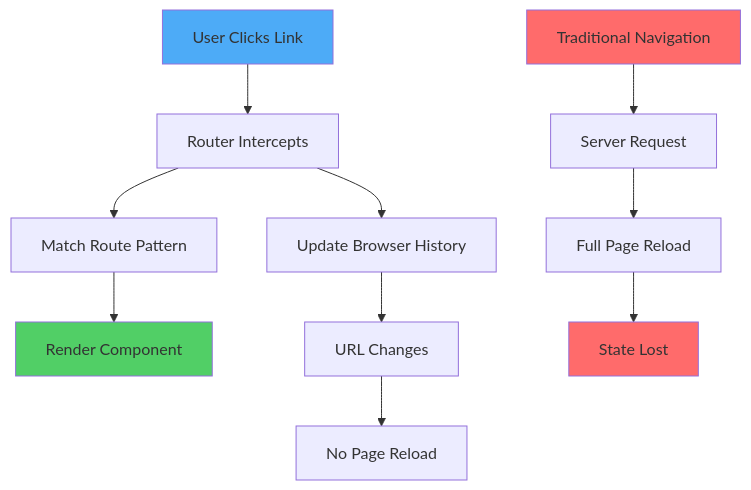
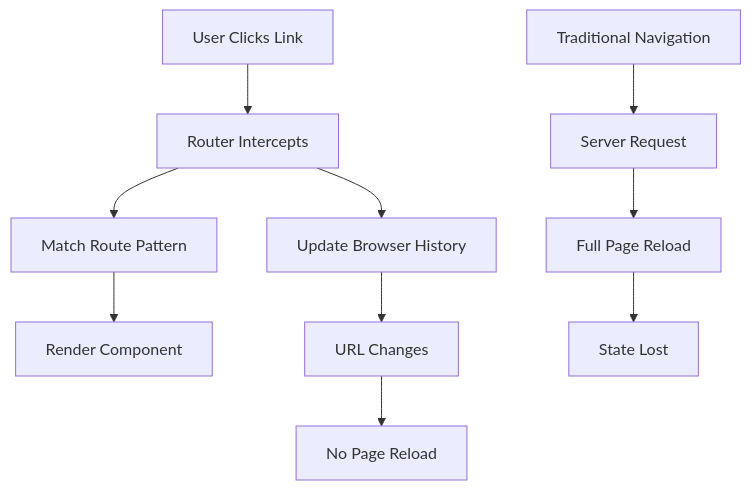
Before and after one commit to BabaScience/react-guides: the first of 6 diagrams in arguments/chapters/05-routing.md, drawn with Mermaid. The commit also changed other lines of this file and 29 other files, not shown here.

First line of the commit message:
Bring React FR/IT translations to full English parity + theme-safe diagrams

````diff
--- a/arguments/chapters/05-routing.md
+++ b/arguments/chapters/05-routing.md
@@ -28,19 +28,15 @@
 ```mermaid
 graph TD
     A[User Clicks Link] --> B[Router Intercepts]
     B --> C[Update Browser History]
     B --> D[Match Route Pattern]
     D --> E[Render Component]
     
     C --> F[URL Changes]
     F --> G[No Page Reload]
     
     H[Traditional Navigation] --> I[Server Request]
     I --> J[Full Page Reload]
     J --> K[State Lost]
     
-    style A fill:#4dabf7
-    style E fill:#51cf66
-    style H fill:#ff6b6b
-    style K fill:#ff6b6b
 ```
````
